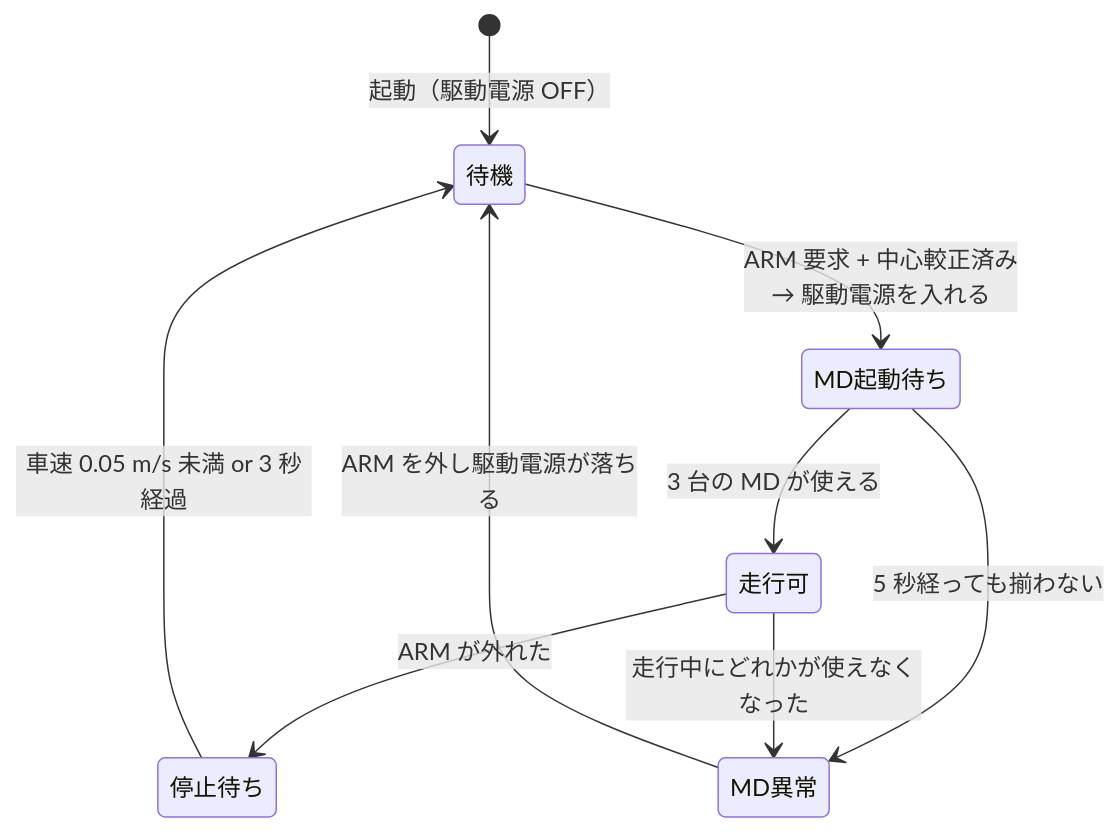
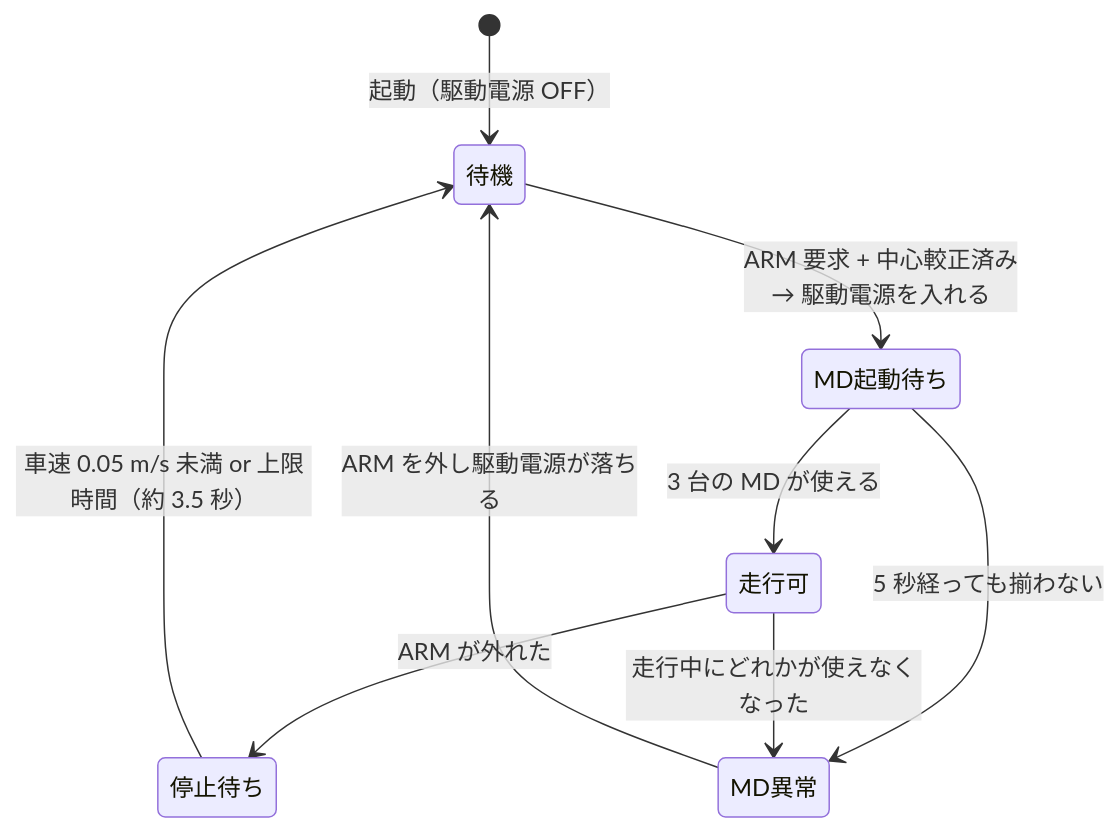
Before and after one commit to banbatakumi/surge-mk2: the second of 2 diagrams in docs/control/safety.md, drawn with Mermaid. The commit also changed other lines of this file and 5 other files, not shown here.

````diff
--- a/docs/control/safety.md
+++ b/docs/control/safety.md
@@ -66,12 +76,12 @@
 ```mermaid
 stateDiagram-v2
     direction TB
     [*] --> 待機: 起動（駆動電源 OFF）
     待機 --> MD起動待ち: ARM 要求 + 中心較正済み<br/>→ 駆動電源を入れる
     MD起動待ち --> 走行可: 3 台の MD が使える
     MD起動待ち --> MD異常: 5 秒経っても揃わない
     走行可 --> 停止待ち: ARM が外れた
     走行可 --> MD異常: 走行中にどれかが使えなくなった
-    停止待ち --> 待機: 車速 0.05 m/s 未満 or 3 秒経過
+    停止待ち --> 待機: 車速 0.05 m/s 未満 or 上限時間（約 3.5 秒）
     MD異常 --> 待機: ARM を外し駆動電源が落ちる
 ```
````
